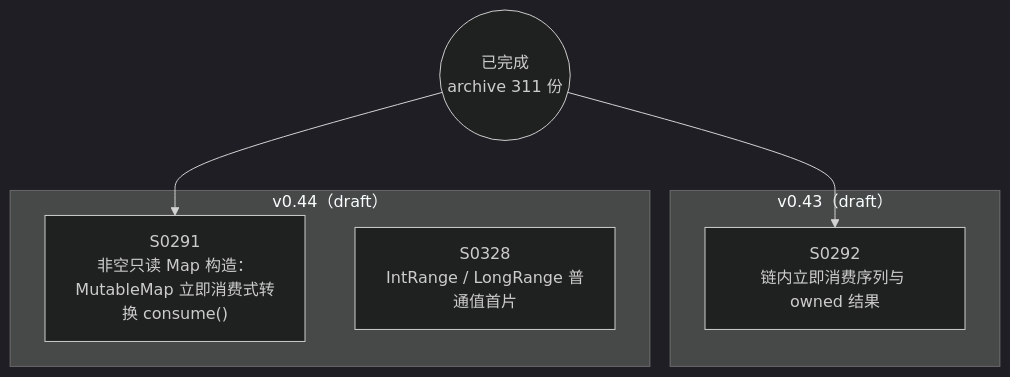
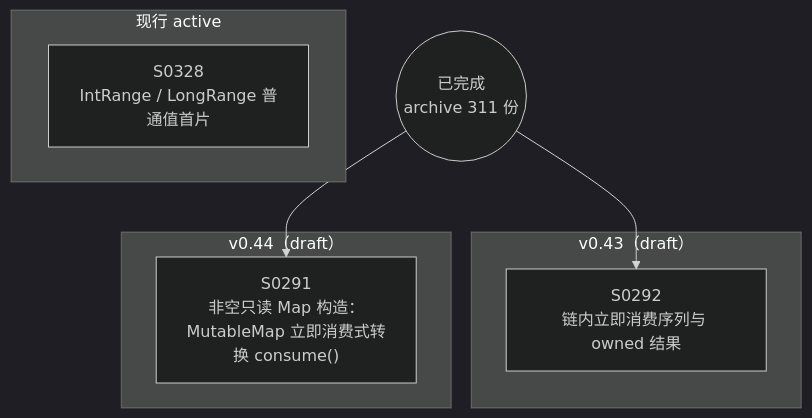
The diagram in docs/specs/dependency-graph.md (Halckon/Koven), drawn with Mermaid (dark theme) before and after one commit. The commit also changed other lines of this file and 9 other files, not shown here.

````diff
--- a/docs/specs/dependency-graph.md
+++ b/docs/specs/dependency-graph.md
@@ -9,13 +9,15 @@
 ```mermaid
 flowchart TD
 ARCH(("已完成<br/>archive 311 份"))
+subgraph Gactive["现行 active"]
+  S0328["S0328<br/>IntRange / LongRange 普通值首片"]
+end
 subgraph Gdrafts_v043["v0.43（draft）"]
   S0292["S0292<br/>链内立即消费序列与 owned 结果"]
 end
 subgraph Gdrafts_v044["v0.44（draft）"]
   S0291["S0291<br/>非空只读 Map 构造：MutableMap 立即消费式转换 consume()"]
-  S0328["S0328<br/>IntRange / LongRange 普通值首片"]
 end
 ARCH --> S0291
 ARCH --> S0292
 ```
````
